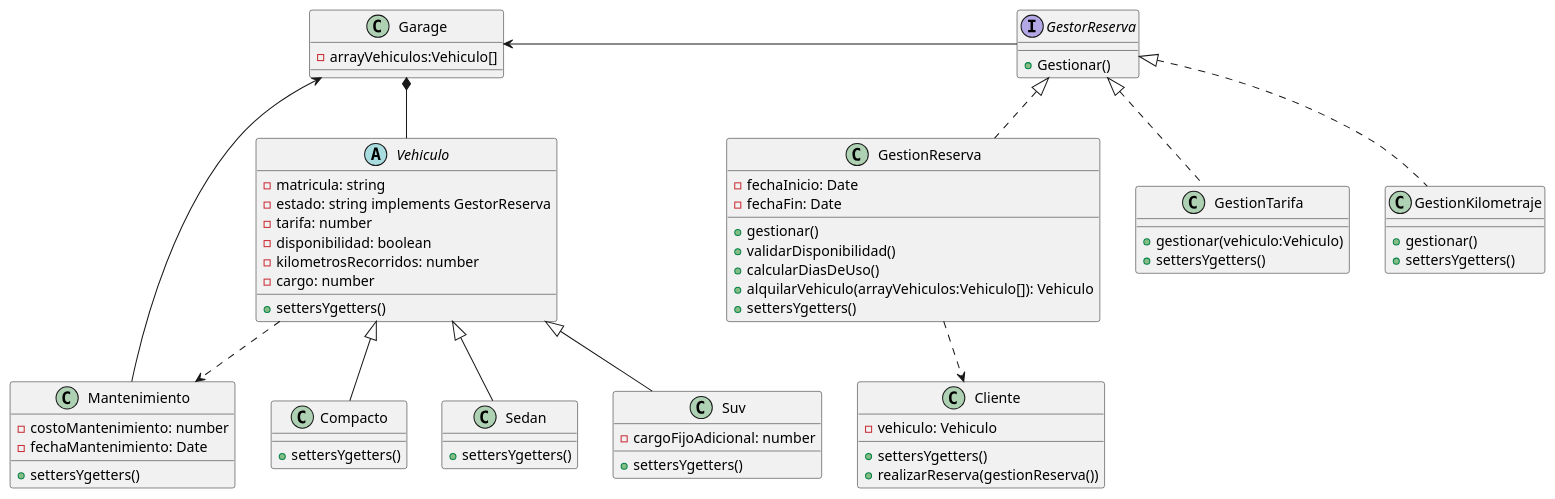
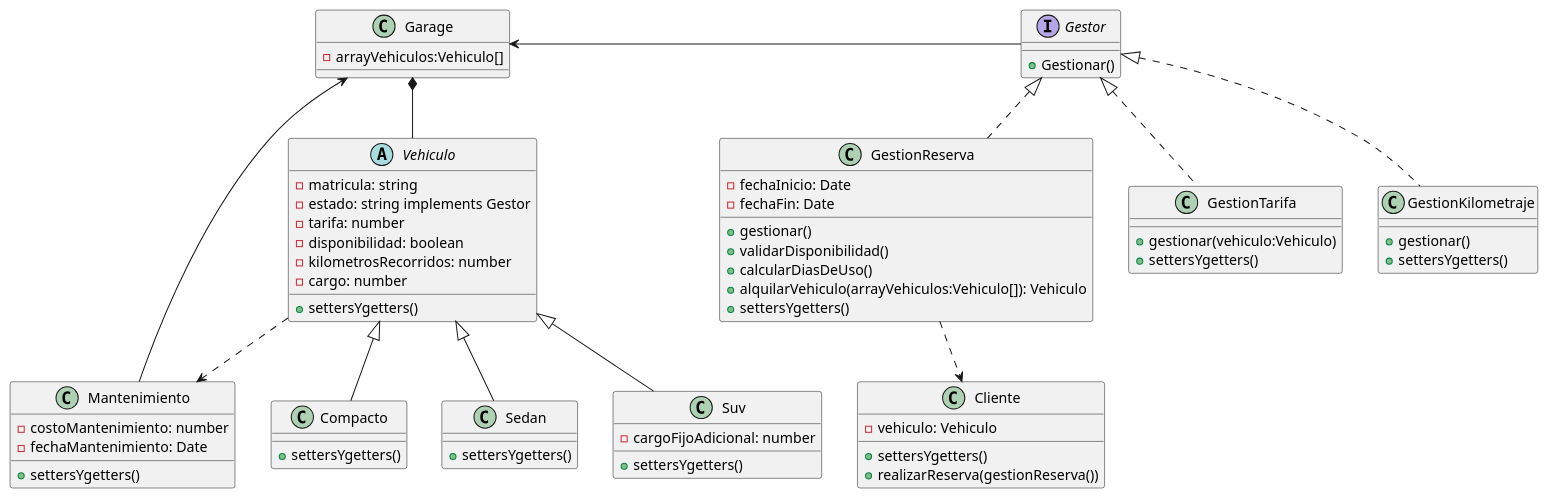
One commit to antonellaBelenVidela/Programacion2Grupo7 changed the diagram in diagramaDeClases.puml. Above: the diagram before and after it, drawn with PlantUML.

Commit message:
Update diagramaDeClases.puml
Nombre cambiado:
GestorReserva -> Gestor

```diff
--- a/diagramaDeClases.puml
+++ b/diagramaDeClases.puml
@@ -1,94 +1,94 @@
 @startuml DriveHub
  
 'Preguntas:
 'Garage Entidad encargada de todo? 
 'Podemos hacer una interfaz para las Gestiones?'
 
 'Garage Pulpo derivador de Tareas'
 'Interfaz Gestor de tarifas'
 'Biblioteca Moment JS para calculos de fecha'
 
 
 
 
 'Relaciones'
 Garage *-d- Vehiculo
 GestionReserva ..> Cliente
 Vehiculo .d.> Mantenimiento
 
-Garage <-r- GestorReserva
+Garage <-r- Gestor
 Garage <- Mantenimiento
 
 class Garage{
     - arrayVehiculos:Vehiculo[]
 }
 
 abstract class Vehiculo{
     - matricula: string
-    - estado: string implements GestorReserva
+    - estado: string implements Gestor
     - tarifa: number
     - disponibilidad: boolean
     - kilometrosRecorridos: number
     - cargo: number
  
     + settersYgetters()
 }
 
-interface GestorReserva{
+interface Gestor{
     + Gestionar()
 }
 
 class Compacto extends Vehiculo{
     + settersYgetters()
 }
 
 class Sedan extends Vehiculo{
 
     + settersYgetters()
 }
 
 class Suv extends Vehiculo{
 
     - cargoFijoAdicional: number
     + settersYgetters()
 }
 
 class Cliente {
     - vehiculo: Vehiculo
 
     + settersYgetters()
     + realizarReserva(gestionReserva())
 }
 
-class GestionReserva implements GestorReserva{
+class GestionReserva implements Gestor{
 
     - fechaInicio: Date
     - fechaFin: Date
 
     + gestionar()    
     + validarDisponibilidad()
     + calcularDiasDeUso()
     + alquilarVehiculo(arrayVehiculos:Vehiculo[]): Vehiculo
     + settersYgetters()
 }
 
-class GestionTarifa implements GestorReserva{
+class GestionTarifa implements Gestor{
 
     + gestionar(vehiculo:Vehiculo)
     + settersYgetters()
 }
 
-class GestionKilometraje implements GestorReserva{
+class GestionKilometraje implements Gestor{
 
     + gestionar()
     + settersYgetters()
 }
 
 class Mantenimiento{
     - costoMantenimiento: number
     - fechaMantenimiento: Date
 
     + settersYgetters()
 }
 
 @enduml
```
